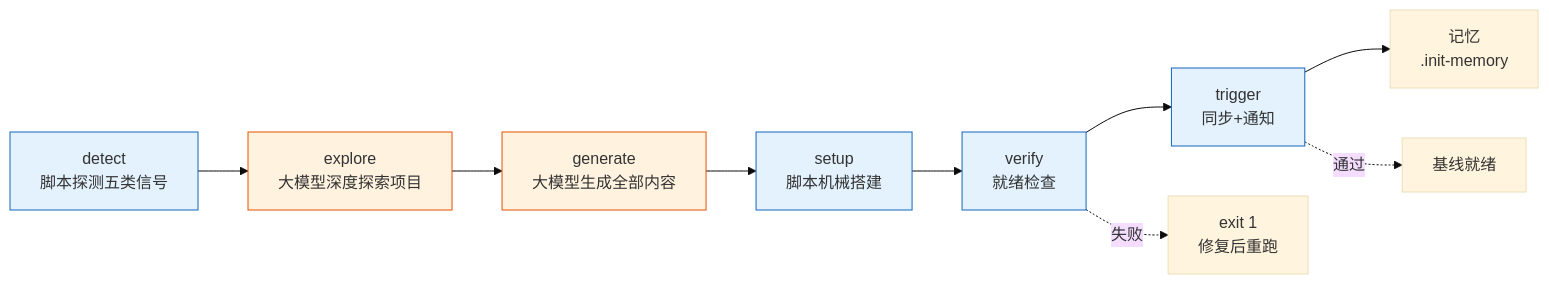
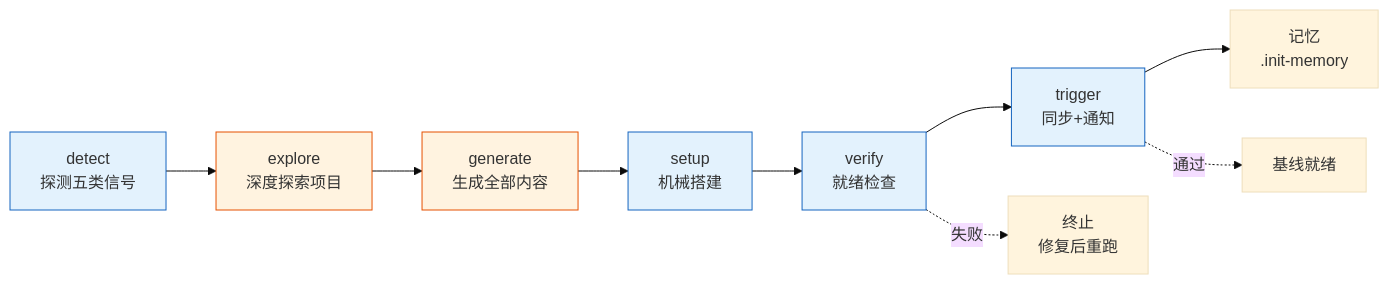
One commit to effiy/YrY changed the second of 8 diagrams in skills/rui/SKILL.md. Above: the diagram before and after it, drawn with Mermaid (base theme). The commit also changed other lines of this file and 14 other files, not shown here.

````diff
--- a/skills/rui/SKILL.md
+++ b/skills/rui/SKILL.md
@@ -103,8 +103,8 @@
 ```mermaid
 flowchart LR
-    P1[detect<br/>脚本探测五类信号]:::s --> P2[explore<br/>大模型深度探索项目]:::llm --> P3[generate<br/>大模型生成全部内容]:::llm --> P4[setup<br/>脚本机械搭建]:::s --> P5[verify<br/>就绪检查]:::s --> P6[trigger<br/>同步+通知]:::s --> P7[记忆<br/>.init-memory]
-    P5 -.失败.-> Fix[exit 1<br/>修复后重跑]
+    P1[detect<br/>探测五类信号]:::s --> P2[explore<br/>深度探索项目]:::llm --> P3[generate<br/>生成全部内容]:::llm --> P4[setup<br/>机械搭建]:::s --> P5[verify<br/>就绪检查]:::s --> P6[trigger<br/>同步+通知]:::s --> P7[记忆<br/>.init-memory]
+    P5 -.失败.-> Fix[终止<br/>修复后重跑]
     P6 -.通过.-> Ready[基线就绪]
     classDef s fill:#e3f2fd,stroke:#1565c0;
     classDef llm fill:#fff3e0,stroke:#e65100;
 ```
````
